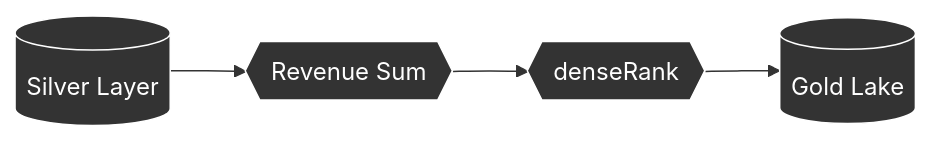
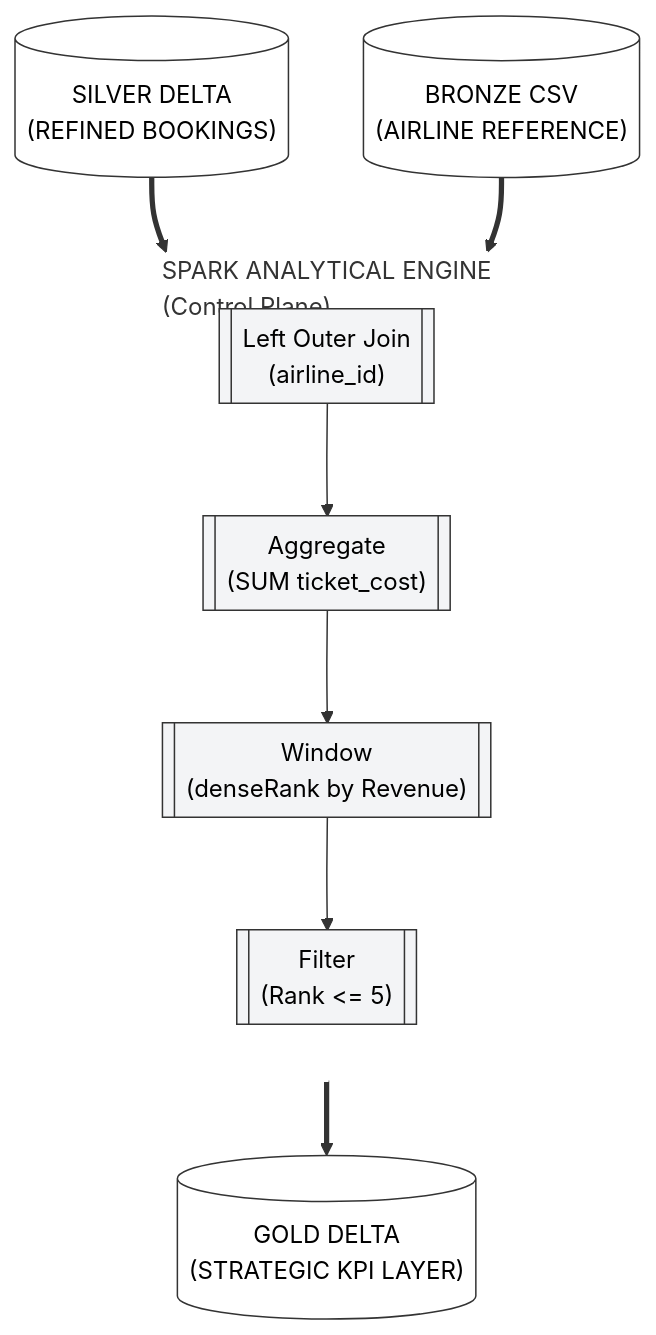
The tenth of 14 diagrams in README.md (hamdahiqbal/ADF-Capstone-Project), drawn with Mermaid before and after one commit. The commit also changed other lines of this file, not shown here.

````diff
--- a/README.md
+++ b/README.md
@@ -239,9 +894,32 @@
 ```mermaid
-graph LR
-    Silver[("Silver Layer")] --> Agg{{"Revenue Sum"}} --> Rank{{"denseRank"}} --> Gold[("Gold Lake")]
-    
-    style Silver fill:#333,stroke:#fff,color:#fff
-    style Agg fill:#333,stroke:#fff,color:#fff
-    style Rank fill:#333,stroke:#fff,color:#fff
-    style Gold fill:#333,stroke:#fff,color:#fff
+flowchart TD
+    Src1[("SILVER DELTA<br>(REFINED BOOKINGS)")]
+    Src2[("BRONZE CSV<br>(AIRLINE REFERENCE)")]
+
+    subgraph ADF ["SPARK ANALYTICAL ENGINE<br>(Control Plane)"]
+        direction TB
+        Join[["Left Outer Join<br>(airline_id)"]]
+        Agg[["Aggregate<br>(SUM ticket_cost)"]]
+        Rank[["Window<br>(denseRank by Revenue)"]]
+        Filter[["Filter<br>(Rank <= 5)"]]
+        
+        Join --> Agg
+        Agg --> Rank
+        Rank --> Filter
+    end
+
+    Snk[("GOLD DELTA<br>(STRATEGIC KPI LAYER)")]
+
+    Src1 ==> Join
+    Src2 ==> Join
+    Filter ==> Snk
+
+    style Src1 fill:#ffffff,stroke:#333,color:#000
+    style Src2 fill:#ffffff,stroke:#333,color:#000
+    style Snk fill:#ffffff,stroke:#333,color:#000
+    style Join fill:#f3f4f6,stroke:#333,color:#000
+    style Agg fill:#f3f4f6,stroke:#333,color:#000
+    style Rank fill:#f3f4f6,stroke:#333,color:#000
+    style Filter fill:#f3f4f6,stroke:#333,color:#000
+    style ADF fill:none,stroke:#ffffff,stroke-width:2px,stroke-dasharray: 4 4
 ```
````
